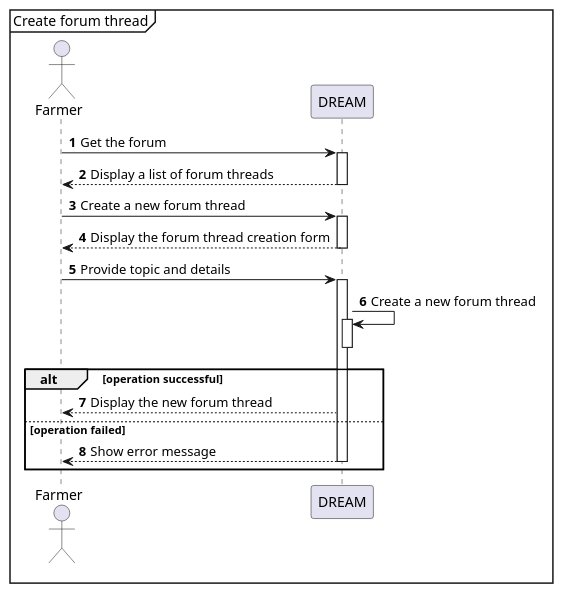
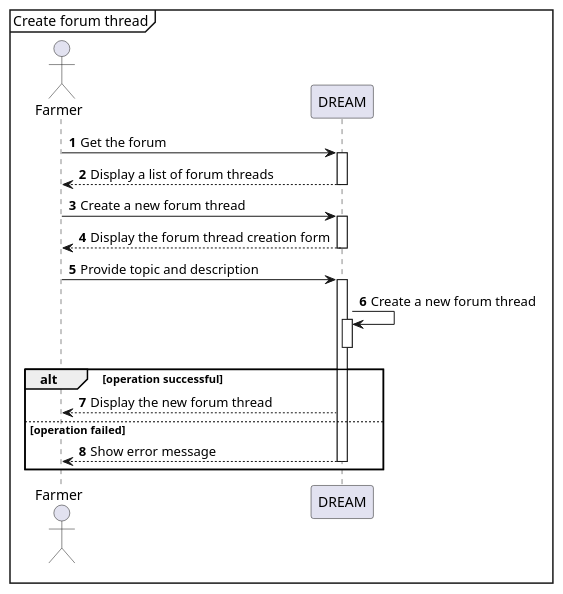
One commit to Astenna/DREAM changed the diagram in RASD/uml/sequence/create_forum_thread.puml. Above: the diagram before and after it, drawn with PlantUML. The commit also changed 4 other files, not shown here.

Commit message:
UML diagrams, naming alignments

```diff
--- a/RASD/uml/sequence/create_forum_thread.puml
+++ b/RASD/uml/sequence/create_forum_thread.puml
@@ -1,25 +1,25 @@
 @startuml Create forum thread
 
 mainframe Create forum thread
 autonumber
 
 actor Farmer
 participant DREAM
 
 Farmer -> DREAM++: Get the forum
 DREAM --> Farmer--: Display a list of forum threads
 
 Farmer -> DREAM++: Create a new forum thread
 DREAM --> Farmer--: Display the forum thread creation form
 
-Farmer -> DREAM++: Provide topic and details
+Farmer -> DREAM++: Provide topic and description
 DREAM -> DREAM++: Create a new forum thread
 deactivate DREAM
 
 alt operation successful
     DREAM --> Farmer : Display the new forum thread
 else operation failed
     DREAM --> Farmer--: Show error message
 end
 
 @enduml
```
